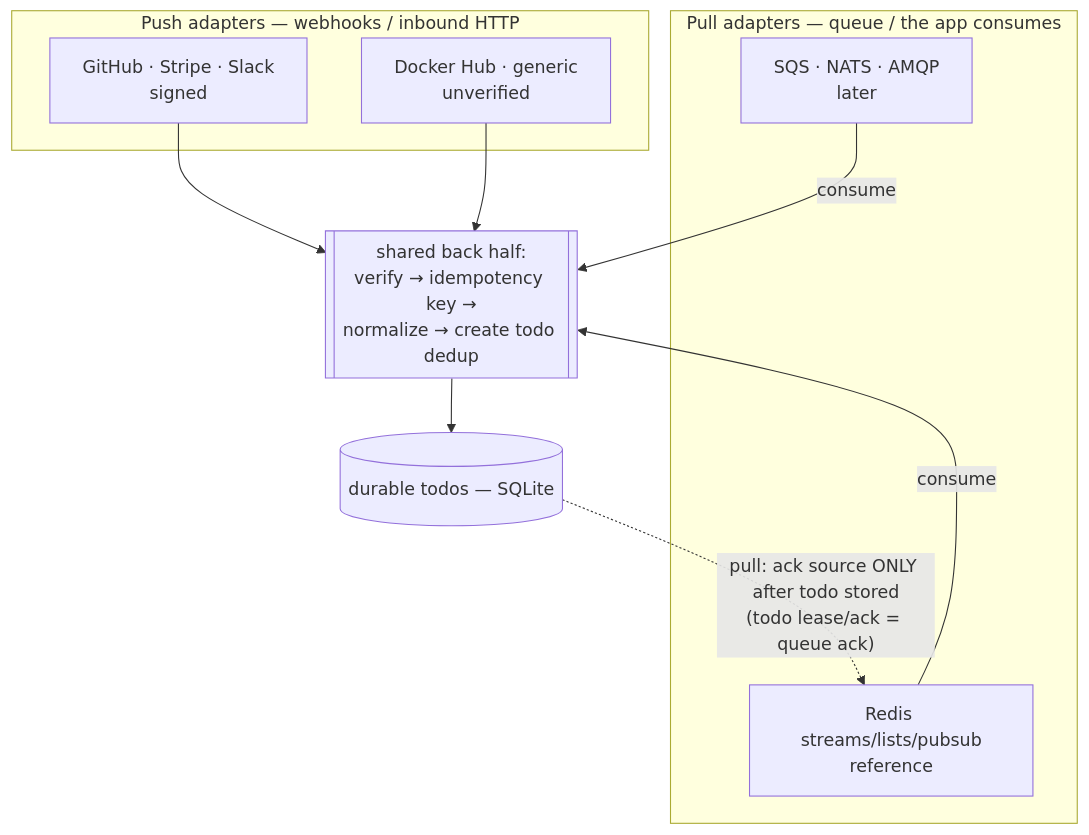
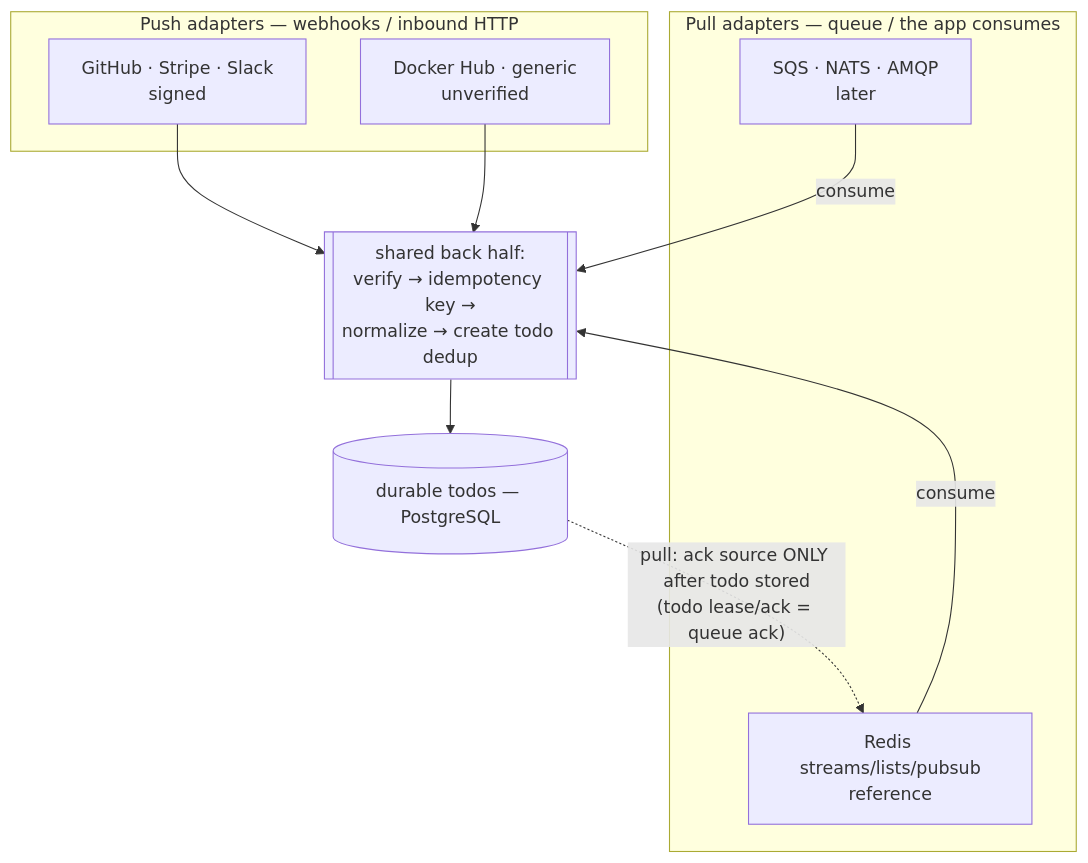
One commit to stump-wtf/switchboard changed the diagram in docs/adr/ADR-014-ingestion-adapters-push-pull.md. Above: the diagram before and after it, drawn with Mermaid. The commit also changed other lines of this file and 14 other files, not shown here.

First line of the commit message:
docs: convert all SQLite references to PostgreSQL; drop legacy webhook-mcp/MVP framing

````diff
--- a/docs/adr/ADR-014-ingestion-adapters-push-pull.md
+++ b/docs/adr/ADR-014-ingestion-adapters-push-pull.md
@@ -99,18 +99,18 @@
 ```mermaid
 flowchart TB
   subgraph push[Push adapters — webhooks / inbound HTTP]
     gh[GitHub · Stripe · Slack<br/>signed]
     gen[Docker Hub · generic<br/>unverified]
   end
   subgraph pull[Pull adapters — queue / the app consumes]
     redis[Redis streams/lists/pubsub<br/>reference]
     future[SQS · NATS · AMQP<br/>later]
   end
   shared[[shared back half:<br/>verify → idempotency key →<br/>normalize → create todo dedup]]
   gh --> shared
   gen --> shared
   redis -->|consume| shared
   future -->|consume| shared
-  shared --> q[(durable todos — SQLite)]
+  shared --> q[(durable todos — PostgreSQL)]
   q -. "pull: ack source ONLY after todo stored<br/>(todo lease/ack = queue ack)" .-> redis
 ```
````
